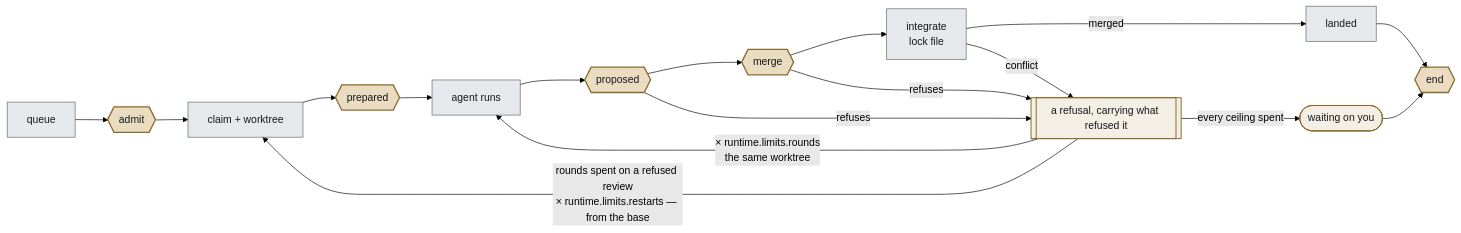
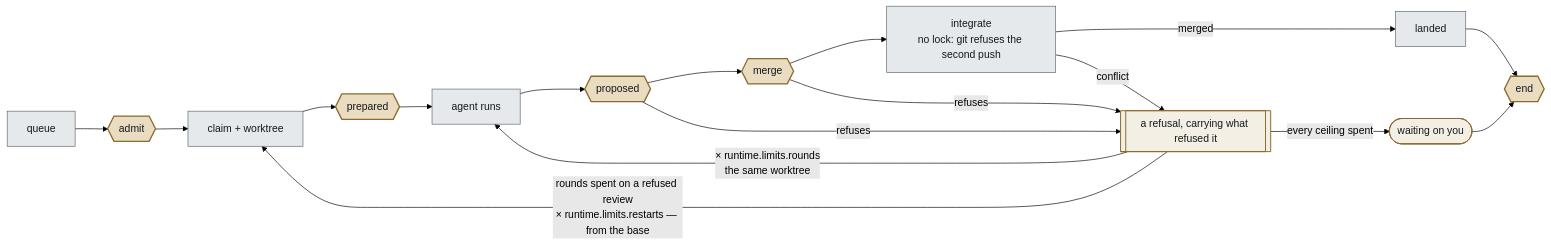
One commit to steven-zhc/lingtai changed the second of 2 diagrams in README.md. Above: the diagram before and after it, drawn with Mermaid (forest theme). The commit also changed 3 other files, not shown here.

````diff
--- a/README.md
+++ b/README.md
@@ -87,28 +87,28 @@
 ```mermaid
 flowchart LR
   Q[queue] --> A{{admit}}
   A --> C[claim + worktree]
   C --> P{{prepared}}
   P --> AG[agent runs]
   AG --> D{{proposed}}
   D --> M{{merge}}
-  M --> I[integrate<br/>lock file]
+  M --> I[integrate<br/>no lock: git refuses the second push]
   I -->|merged| L[landed]
   L --> E{{end}}
 
   D -->|refuses| R
   M -->|refuses| R
   I -->|conflict| R
   R[["a refusal, carrying what refused it"]]
   R -->|"× runtime.limits.rounds<br/>the same worktree"| AG
   R -->|"rounds spent on a refused review<br/>× runtime.limits.restarts — from the base"| C
   R -->|"every ceiling spent"| Y
   Y(["waiting on you"]) --> E
 
   classDef gate fill:#e9dcc0,stroke:#8a6a2e,stroke-width:2px,color:#14181c;
   classDef core fill:#e6e9ec,stroke:#5c646d,color:#14181c;
   classDef back fill:#f3efe4,stroke:#8a6a2e,stroke-width:1.5px,color:#14181c;
   class A,P,D,M,E gate;
   class Q,C,AG,I,L core;
   class R,Y back;
 ```
````
